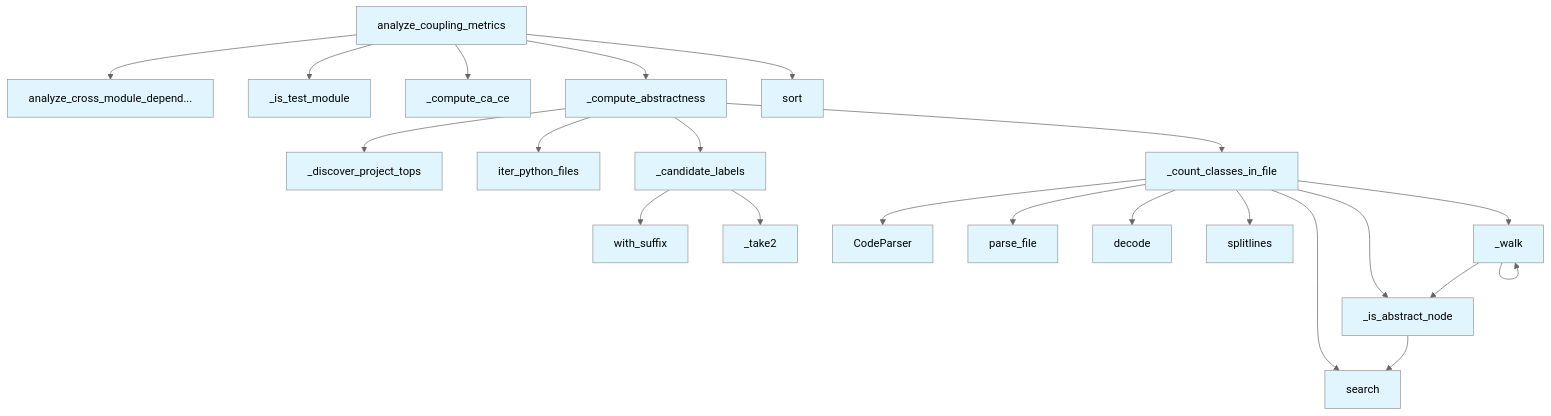
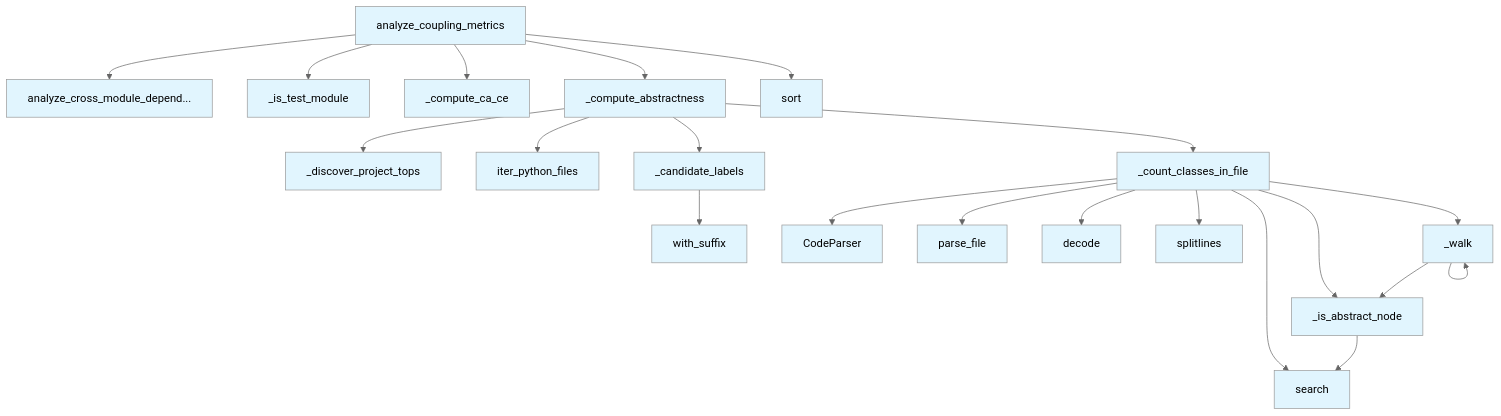
One commit to UrbanDiver/local-deepwiki-mcp changed the diagram in .deepwiki/files/src/local_deepwiki/generators/analysis/coupling.md. Above: the diagram before and after it, drawn with Mermaid (neutral theme). The commit also changed other lines of this file and 67 other files, not shown here.

````diff
--- a/.deepwiki/files/src/local_deepwiki/generators/analysis/coupling.md
+++ b/.deepwiki/files/src/local_deepwiki/generators/analysis/coupling.md
@@ -195,45 +169,43 @@
 ```mermaid
 flowchart TD
     N0[CodeParser]
     N1[_candidate_labels]
     N2[_compute_abstractness]
     N3[_compute_ca_ce]
     N4[_count_classes_in_file]
     N5[_discover_project_tops]
     N6[_is_abstract_node]
     N7[_is_test_module]
-    N8[_take2]
-    N9[_walk]
-    N10[analyze_coupling_metrics]
-    N11[analyze_cross_module_depend...]
-    N12[decode]
-    N13[iter_python_files]
-    N14[parse_file]
-    N15[search]
-    N16[sort]
-    N17[splitlines]
-    N18[with_suffix]
+    N8[_walk]
+    N9[analyze_coupling_metrics]
+    N10[analyze_cross_module_depend...]
+    N11[decode]
+    N12[iter_python_files]
+    N13[parse_file]
+    N14[search]
+    N15[sort]
+    N16[splitlines]
+    N17[with_suffix]
     N4 --> N0
+    N4 --> N13
+    N4 --> N11
+    N4 --> N16
     N4 --> N14
-    N4 --> N12
-    N4 --> N17
-    N4 --> N15
     N4 --> N6
-    N4 --> N9
-    N6 --> N15
-    N9 --> N6
-    N9 --> N9
-    N1 --> N18
-    N1 --> N8
+    N4 --> N8
+    N6 --> N14
+    N8 --> N6
+    N8 --> N8
+    N1 --> N17
     N2 --> N5
-    N2 --> N13
+    N2 --> N12
     N2 --> N1
     N2 --> N4
-    N10 --> N11
-    N10 --> N7
-    N10 --> N3
-    N10 --> N2
-    N10 --> N16
+    N9 --> N10
+    N9 --> N7
+    N9 --> N3
+    N9 --> N2
+    N9 --> N15
     classDef func fill:#e1f5fe
-    class N0,N1,N2,N3,N4,N5,N6,N7,N8,N9,N10,N11,N12,N13,N14,N15,N16,N17,N18 func
+    class N0,N1,N2,N3,N4,N5,N6,N7,N8,N9,N10,N11,N12,N13,N14,N15,N16,N17 func
 ```
````
